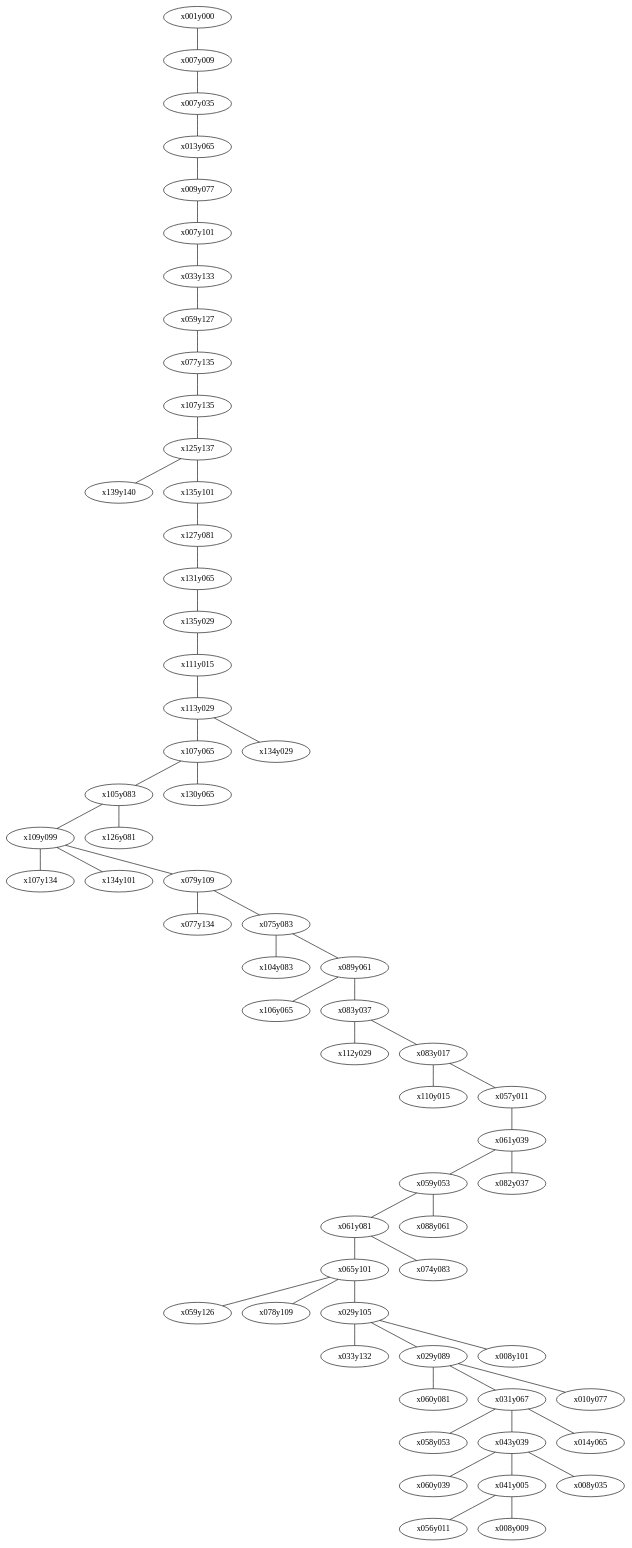
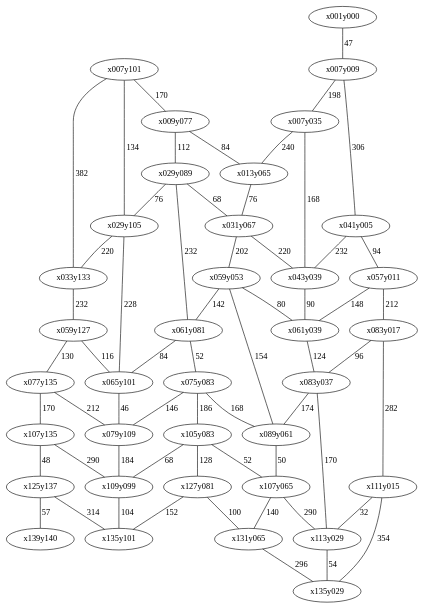
Before and after one commit to rylmovuk/aoc2023: the diagram in 23/graph.dot, drawn with Graphviz. The commit also changed 2 other files, not shown here.

```diff
--- a/23/graph.dot
+++ b/23/graph.dot
@@ -1,62 +1,62 @@
-graph {
-x001y000 -- x007y009 [weight=47]
-x007y009 -- x007y035 [weight=198]
-x007y035 -- x013y065 [weight=240]
-x013y065 -- x009y077 [weight=84]
-x009y077 -- x007y101 [weight=170]
-x007y101 -- x033y133 [weight=382]
-x033y133 -- x059y127 [weight=232]
-x059y127 -- x077y135 [weight=130]
-x077y135 -- x107y135 [weight=170]
-x107y135 -- x125y137 [weight=48]
-x125y137 -- x139y140 [weight=57]
-x125y137 -- x135y101 [weight=314]
-x135y101 -- x127y081 [weight=152]
-x127y081 -- x131y065 [weight=100]
-x131y065 -- x135y029 [weight=296]
-x135y029 -- x111y015 [weight=354]
-x111y015 -- x113y029 [weight=32]
-x113y029 -- x107y065 [weight=290]
-x107y065 -- x105y083 [weight=52]
-x105y083 -- x109y099 [weight=68]
-x109y099 -- x107y134 [weight=289]
-x109y099 -- x134y101 [weight=103]
-x109y099 -- x079y109 [weight=184]
-x079y109 -- x077y134 [weight=211]
-x079y109 -- x075y083 [weight=146]
-x075y083 -- x104y083 [weight=185]
-x075y083 -- x089y061 [weight=168]
-x089y061 -- x106y065 [weight=49]
-x089y061 -- x083y037 [weight=174]
-x083y037 -- x112y029 [weight=169]
-x083y037 -- x083y017 [weight=96]
-x083y017 -- x110y015 [weight=281]
-x083y017 -- x057y011 [weight=212]
-x057y011 -- x061y039 [weight=148]
-x061y039 -- x059y053 [weight=80]
-x059y053 -- x061y081 [weight=142]
-x061y081 -- x065y101 [weight=84]
-x065y101 -- x059y126 [weight=115]
-x065y101 -- x078y109 [weight=45]
-x065y101 -- x029y105 [weight=228]
-x029y105 -- x033y132 [weight=219]
-x029y105 -- x029y089 [weight=76]
-x029y089 -- x060y081 [weight=231]
-x029y089 -- x031y067 [weight=68]
-x031y067 -- x058y053 [weight=201]
-x031y067 -- x043y039 [weight=220]
-x043y039 -- x060y039 [weight=89]
-x043y039 -- x041y005 [weight=232]
-x041y005 -- x056y011 [weight=93]
-x041y005 -- x008y009 [weight=305]
-x043y039 -- x008y035 [weight=167]
-x031y067 -- x014y065 [weight=75]
-x029y089 -- x010y077 [weight=111]
-x029y105 -- x008y101 [weight=133]
-x061y081 -- x074y083 [weight=51]
-x059y053 -- x088y061 [weight=153]
-x061y039 -- x082y037 [weight=123]
-x105y083 -- x126y081 [weight=127]
-x107y065 -- x130y065 [weight=139]
-x113y029 -- x134y029 [weight=53]
+graph weighted {
+x043y039 -- x061y039 [label=90]
+x105y083 -- x127y081 [label=128]
+x007y101 -- x033y133 [label=382]
+x007y009 -- x041y005 [label=306]
+x075y083 -- x105y083 [label=186]
+x089y061 -- x107y065 [label=50]
+x001y000 -- x007y009 [label=47]
+x077y135 -- x079y109 [label=212]
+x107y065 -- x113y029 [label=290]
+x083y037 -- x113y029 [label=170]
+x059y127 -- x077y135 [label=130]
+x059y053 -- x089y061 [label=154]
+x061y039 -- x083y037 [label=124]
+x111y015 -- x113y029 [label=32]
+x131y065 -- x135y029 [label=296]
+x041y005 -- x057y011 [label=94]
+x007y035 -- x013y065 [label=240]
+x059y127 -- x065y101 [label=116]
+x065y101 -- x079y109 [label=46]
+x007y035 -- x043y039 [label=168]
+x009y077 -- x029y089 [label=112]
+x107y065 -- x131y065 [label=140]
+x041y005 -- x043y039 [label=232]
+x059y053 -- x061y081 [label=142]
+x077y135 -- x107y135 [label=170]
+x107y135 -- x125y137 [label=48]
+x083y037 -- x089y061 [label=174]
+x075y083 -- x079y109 [label=146]
+x125y137 -- x139y140 [label=57]
+x057y011 -- x083y017 [label=212]
+x125y137 -- x135y101 [label=314]
+x013y065 -- x031y067 [label=76]
+x033y133 -- x059y127 [label=232]
+x113y029 -- x135y029 [label=54]
+x029y089 -- x029y105 [label=76]
+x009y077 -- x013y065 [label=84]
+x127y081 -- x135y101 [label=152]
+x111y015 -- x135y029 [label=354]
+x061y081 -- x065y101 [label=84]
+x031y067 -- x059y053 [label=202]
+x007y101 -- x029y105 [label=134]
+x127y081 -- x131y065 [label=100]
+x029y105 -- x033y133 [label=220]
+x079y109 -- x109y099 [label=184]
+x029y089 -- x031y067 [label=68]
+x029y089 -- x061y081 [label=232]
+x057y011 -- x061y039 [label=148]
+x105y083 -- x109y099 [label=68]
+x059y053 -- x061y039 [label=80]
+x075y083 -- x089y061 [label=168]
+x109y099 -- x135y101 [label=104]
+x083y017 -- x083y037 [label=96]
+x061y081 -- x075y083 [label=52]
+x031y067 -- x043y039 [label=220]
+x007y101 -- x009y077 [label=170]
+x007y009 -- x007y035 [label=198]
+x105y083 -- x107y065 [label=52]
+x083y017 -- x111y015 [label=282]
+x107y135 -- x109y099 [label=290]
+x029y105 -- x065y101 [label=228]
 }
```
